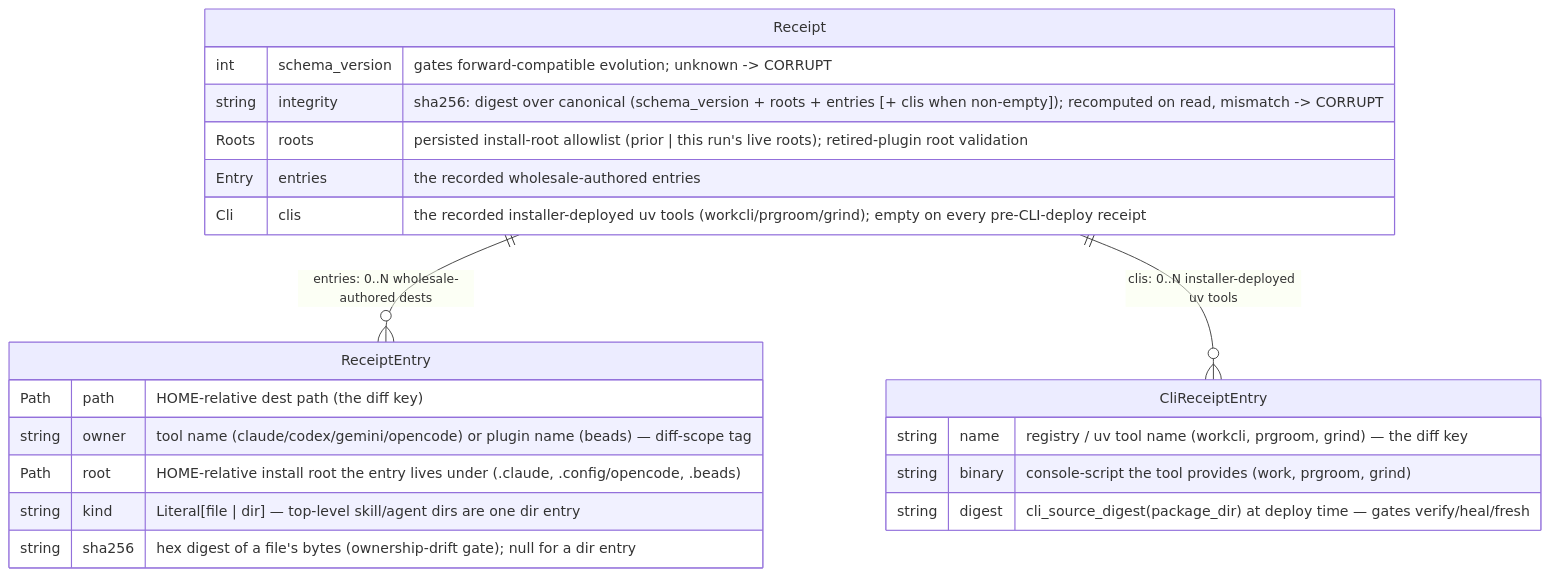
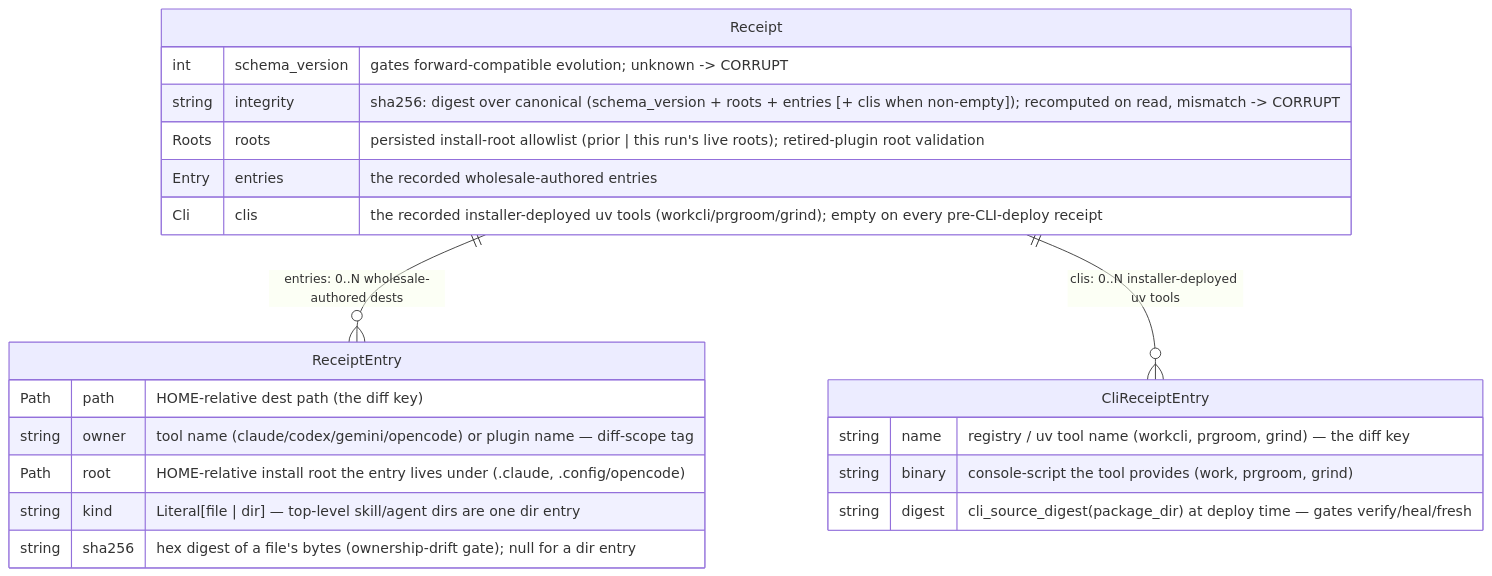
Before and after one commit to scotthamilton77/agents-config: the second of 3 diagrams in docs/architecture/installer/data-view.md, drawn with Mermaid. The commit also changed other lines of this file and 6 other files, not shown here.

````diff
--- a/docs/architecture/installer/data-view.md
+++ b/docs/architecture/installer/data-view.md
@@ -144,27 +144,27 @@
 ```mermaid
 erDiagram
     Receipt ||--o{ ReceiptEntry : "entries: 0..N wholesale-authored dests"
     Receipt ||--o{ CliReceiptEntry : "clis: 0..N installer-deployed uv tools"
 
     Receipt {
         int    schema_version  "gates forward-compatible evolution; unknown -> CORRUPT"
         string integrity       "sha256: digest over canonical (schema_version + roots + entries [+ clis when non-empty]); recomputed on read, mismatch -> CORRUPT"
         Roots  roots           "persisted install-root allowlist (prior | this run's live roots); retired-plugin root validation"
         Entry  entries         "the recorded wholesale-authored entries"
         Cli    clis            "the recorded installer-deployed uv tools (workcli/prgroom/grind); empty on every pre-CLI-deploy receipt"
     }
 
     ReceiptEntry {
         Path   path    "HOME-relative dest path (the diff key)"
-        string owner   "tool name (claude/codex/gemini/opencode) or plugin name (beads) — diff-scope tag"
-        Path   root    "HOME-relative install root the entry lives under (.claude, .config/opencode, .beads)"
+        string owner   "tool name (claude/codex/gemini/opencode) or plugin name — diff-scope tag"
+        Path   root    "HOME-relative install root the entry lives under (.claude, .config/opencode)"
         string kind    "Literal[file | dir] — top-level skill/agent dirs are one dir entry"
         string sha256  "hex digest of a file's bytes (ownership-drift gate); null for a dir entry"
     }
 
     CliReceiptEntry {
         string name    "registry / uv tool name (workcli, prgroom, grind) — the diff key"
         string binary  "console-script the tool provides (work, prgroom, grind)"
         string digest  "cli_source_digest(package_dir) at deploy time — gates verify/heal/fresh"
     }
 ```
````
